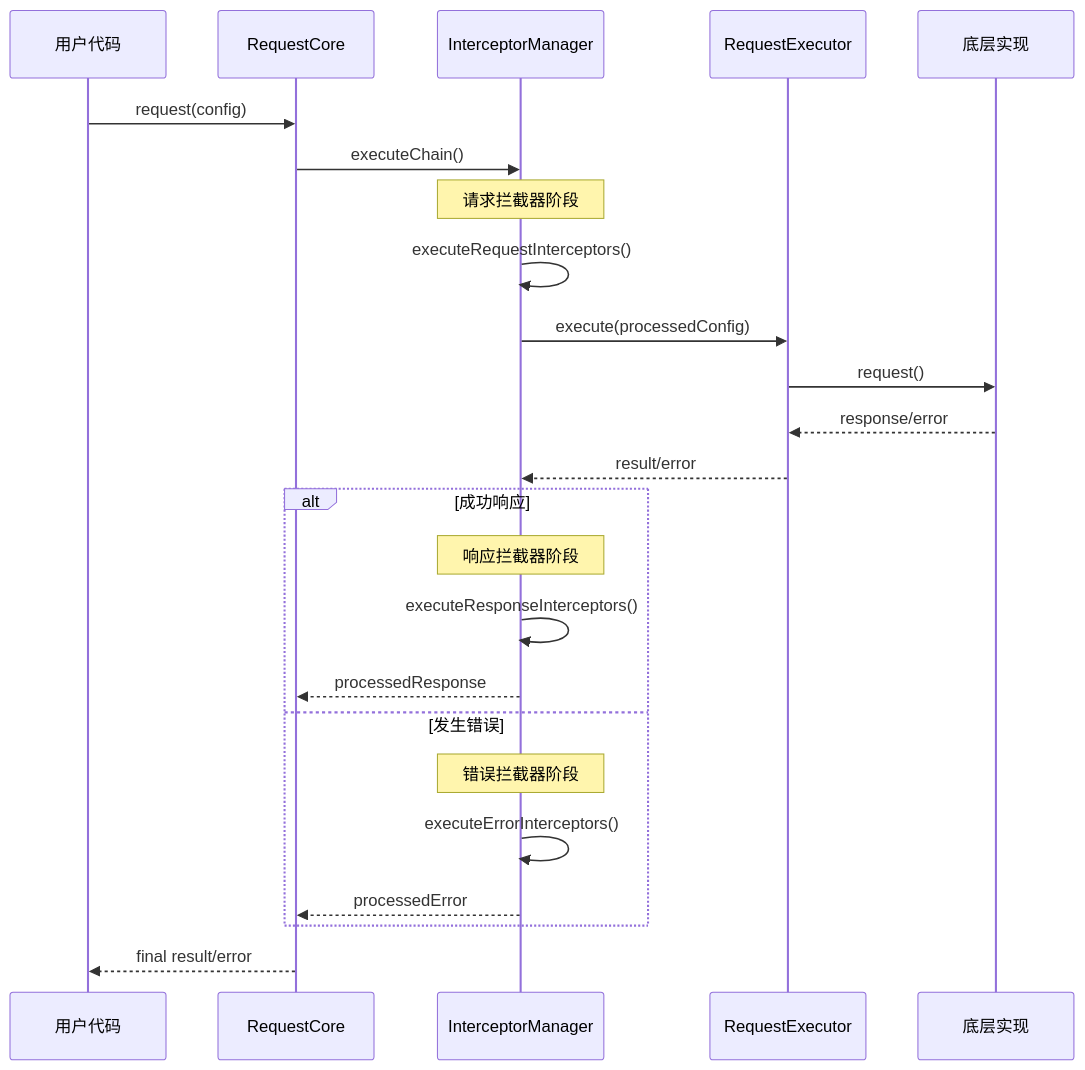
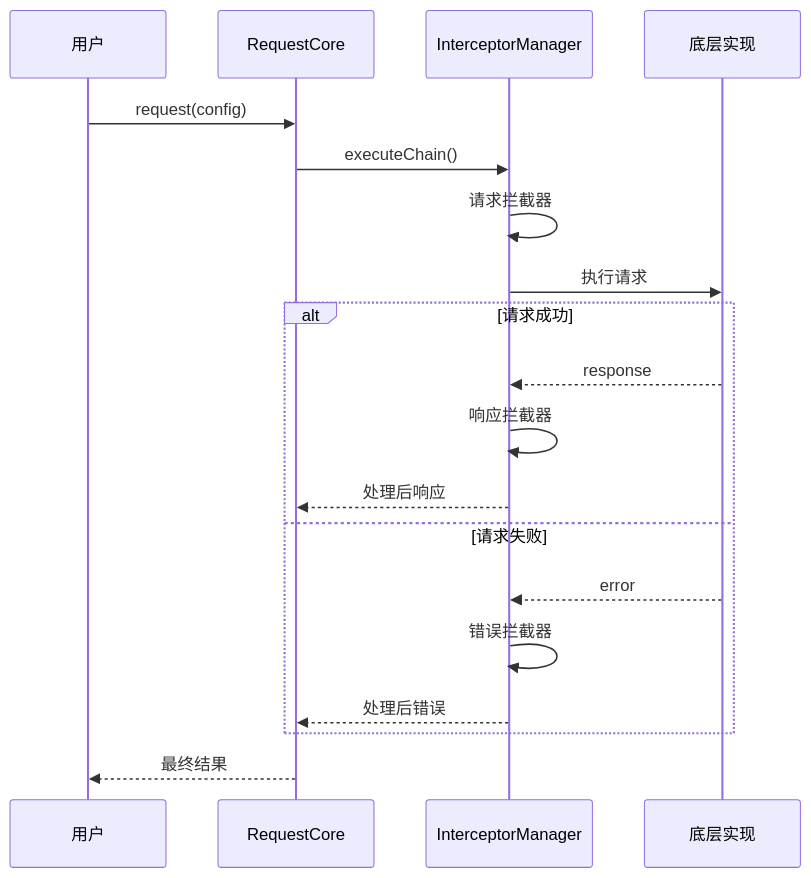
Before and after one commit to warmeaf/gh-request-lib: the second of 2 diagrams in docs/request-lib-docs/concepts/request-lifecycle.md, drawn with Mermaid. The commit also changed other lines of this file and 2 other files, not shown here.

````diff
--- a/docs/request-lib-docs/concepts/request-lifecycle.md
+++ b/docs/request-lib-docs/concepts/request-lifecycle.md
@@ -230,31 +146,24 @@
 ```mermaid
 sequenceDiagram
-    participant User as 用户代码
+    participant User as 用户
     participant Core as RequestCore
     participant IM as InterceptorManager
-    participant Exec as RequestExecutor
     participant Impl as 底层实现
     
     User->>Core: request(config)
     Core->>IM: executeChain()
+    IM->>IM: 请求拦截器
+    IM->>Impl: 执行请求
     
-    Note over IM: 请求拦截器阶段
-    IM->>IM: executeRequestInterceptors()
-    
-    IM->>Exec: execute(processedConfig)
-    Exec->>Impl: request()
-    Impl-->>Exec: response/error
-    Exec-->>IM: result/error
-    
-    alt 成功响应
-        Note over IM: 响应拦截器阶段
-        IM->>IM: executeResponseInterceptors()
-        IM-->>Core: processedResponse
-    else 发生错误
-        Note over IM: 错误拦截器阶段
-        IM->>IM: executeErrorInterceptors()
-        IM-->>Core: processedError
+    alt 请求成功
+        Impl-->>IM: response
+        IM->>IM: 响应拦截器
+        IM-->>Core: 处理后响应
+    else 请求失败
+        Impl-->>IM: error
+        IM->>IM: 错误拦截器
+        IM-->>Core: 处理后错误
     end
     
-    Core-->>User: final result/error
+    Core-->>User: 最终结果
 ```
````
